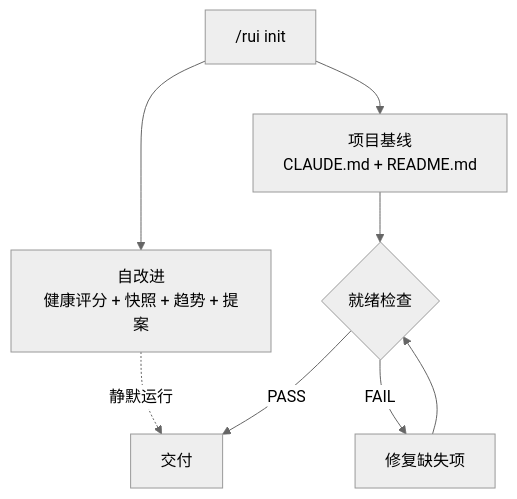
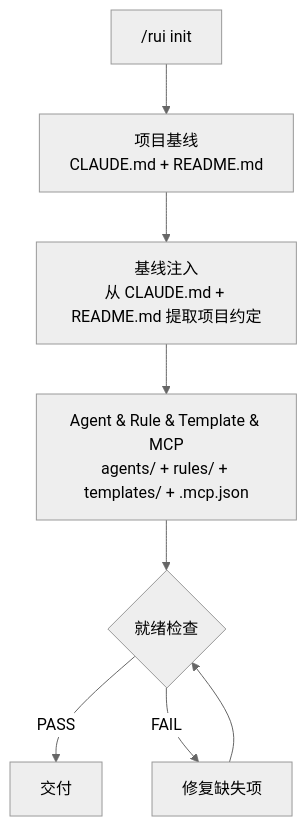
Before and after one commit to effiy/YrY: the second of 6 diagrams in skills/rui/SKILL.md, drawn with Mermaid (neutral theme). The commit also changed other lines of this file and 26 other files, not shown here.

````diff
--- a/skills/rui/SKILL.md
+++ b/skills/rui/SKILL.md
@@ -59,10 +70,10 @@
 ```mermaid
 flowchart TD
-    INIT["/rui init"] --> SELF["自改进<br/>健康评分 + 快照 + 趋势 + 提案"]
-    INIT --> BASELINE["项目基线<br/>CLAUDE.md + README.md"]
-    BASELINE --> CHECK{"就绪检查"}
+    INIT["/rui init"] --> BASELINE["项目基线<br/>CLAUDE.md + README.md"]
+    BASELINE --> INJECT["基线注入<br/>从 CLAUDE.md + README.md 提取项目约定"]
+    INJECT --> AGENTS["Agent & Rule & Template & MCP<br/>agents/ + rules/ + templates/ + .mcp.json"]
+    AGENTS --> CHECK{"就绪检查"}
     CHECK -->|PASS| DELIVER["交付"]
     CHECK -->|FAIL| FIX["修复缺失项"]
     FIX --> CHECK
-    SELF -.->|静默运行| DELIVER
 ```
````
